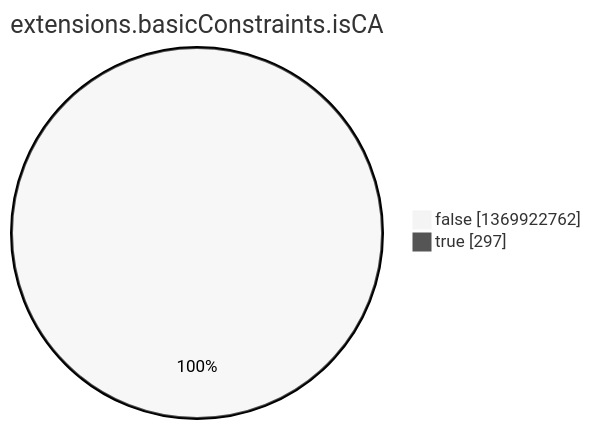
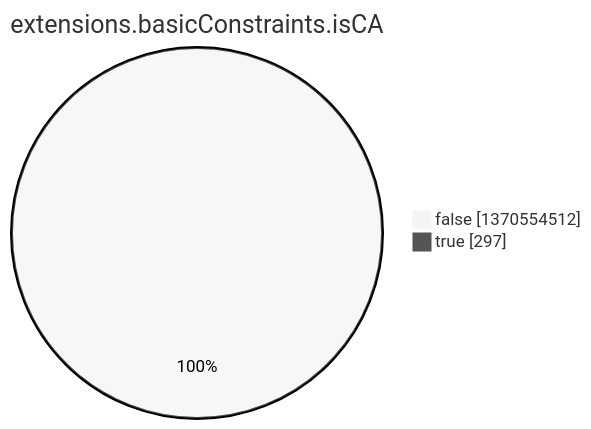
The eighth of 15 diagrams in argon2022/README.md (christiankrug/ctmonitor_visualization), drawn with Mermaid (neutral theme) before and after one commit. The commit also changed other lines of this file, not shown here.

````diff
--- a/argon2022/README.md
+++ b/argon2022/README.md
@@ -2759,6 +2759,6 @@
 ```mermaid
 pie showData
 title extensions.basicConstraints.isCA
-"false" :1369922762
+"false" :1370554512
 "true" :297
 ```
````
